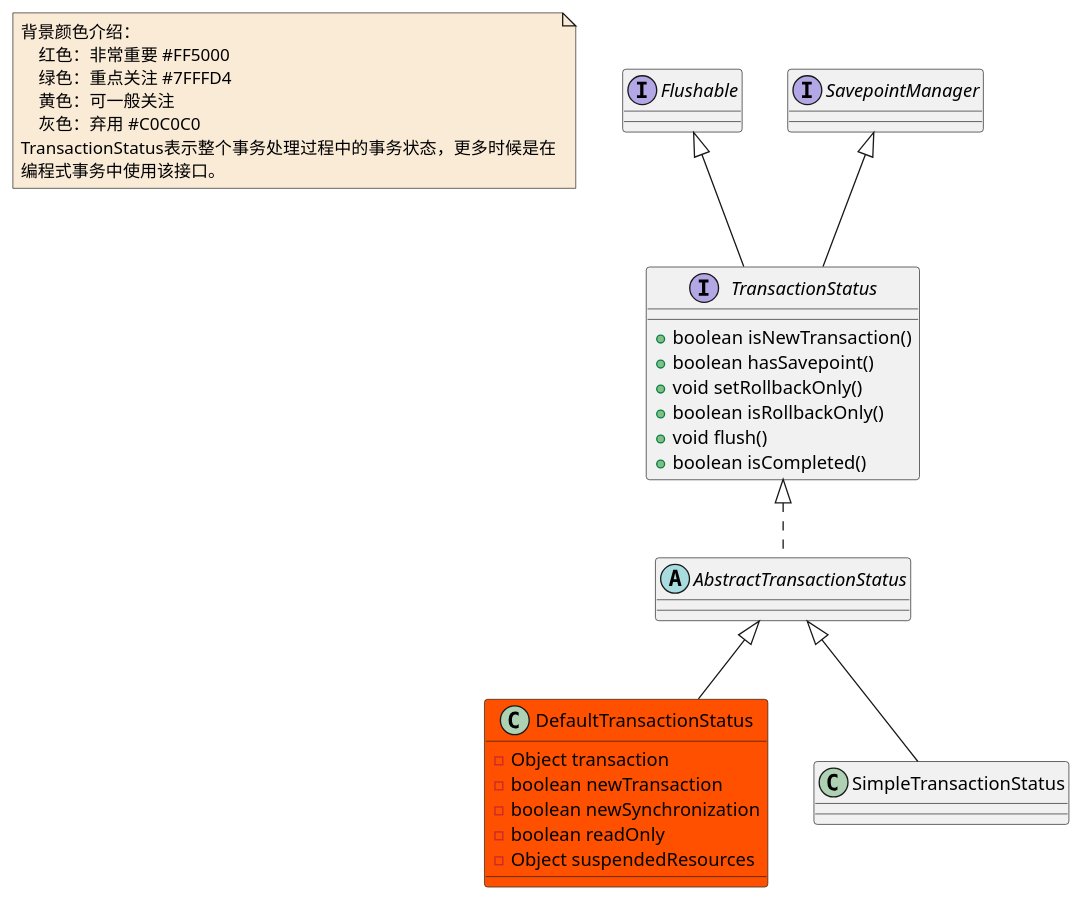
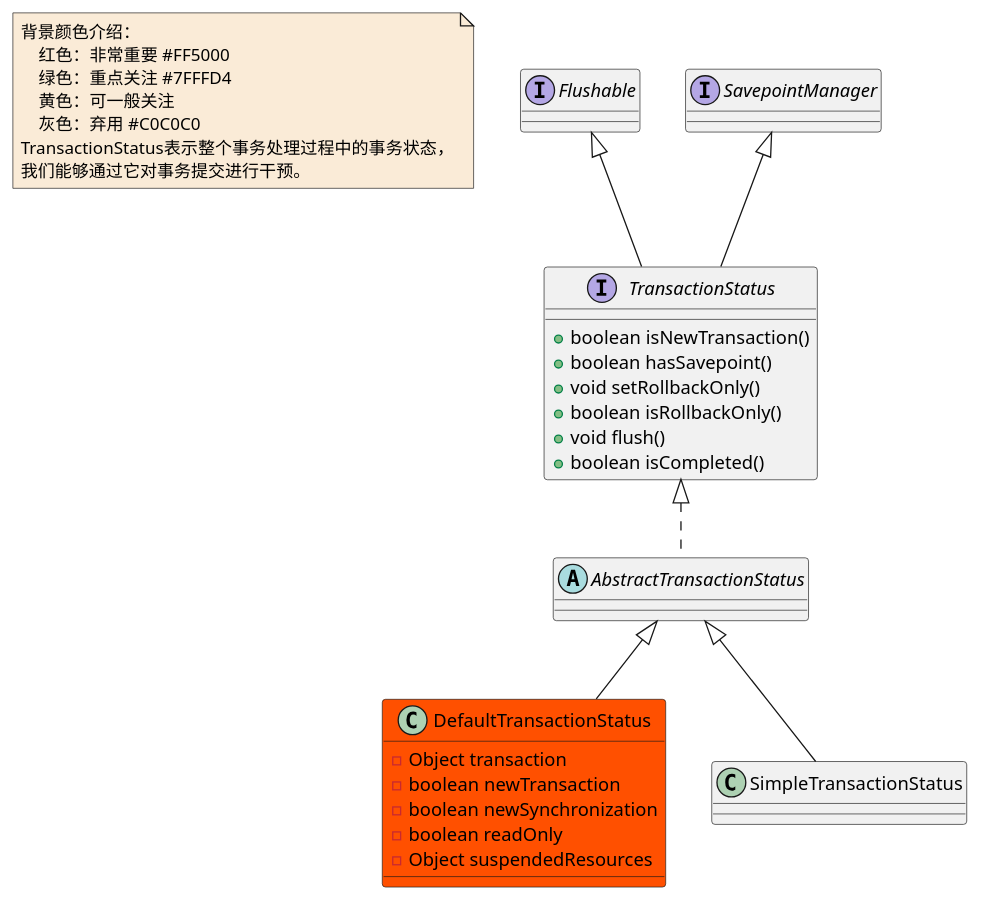
Before and after one commit to czwer/learn-spring-code: the diagram in document/spring/data/class/Transaction-TransactionStatus-class.puml, drawn with PlantUML. The commit also changed 23 other files, not shown here.

```diff
--- a/document/spring/data/class/Transaction-TransactionStatus-class.puml
+++ b/document/spring/data/class/Transaction-TransactionStatus-class.puml
@@ -1,45 +1,45 @@
 @startuml
 
 note  as N1 #FAEBD7
     背景颜色介绍：
         红色：非常重要 #FF5000
         绿色：重点关注 #7FFFD4
         黄色：可一般关注
         灰色：弃用 #C0C0C0
-    TransactionStatus表示整个事务处理过程中的事务状态，更多时候是在
-    编程式事务中使用该接口。
+    TransactionStatus表示整个事务处理过程中的事务状态，
+    我们能够通过它对事务提交进行干预。
 end note
 
 
 interface TransactionStatus
 TransactionStatus : +boolean isNewTransaction()
 TransactionStatus : +boolean hasSavepoint()
 TransactionStatus : +void setRollbackOnly()
 TransactionStatus : +boolean isRollbackOnly()
 TransactionStatus : +void flush()
 TransactionStatus : +boolean isCompleted()
 abstract class AbstractTransactionStatus
 class DefaultTransactionStatus #FF5000
 DefaultTransactionStatus : -Object transaction
 DefaultTransactionStatus : -boolean newTransaction
 DefaultTransactionStatus : -boolean newSynchronization
 DefaultTransactionStatus : -boolean readOnly
 DefaultTransactionStatus : -Object suspendedResources
 interface Flushable
 interface SavepointManager
 class SimpleTransactionStatus
 
 
 
 AbstractTransactionStatus <|-- DefaultTransactionStatus
 AbstractTransactionStatus <|-- SimpleTransactionStatus
 
 
 Flushable <|-- TransactionStatus
 
 SavepointManager <|-- TransactionStatus
 
 
 TransactionStatus <|.. AbstractTransactionStatus
 
 @enduml
```
